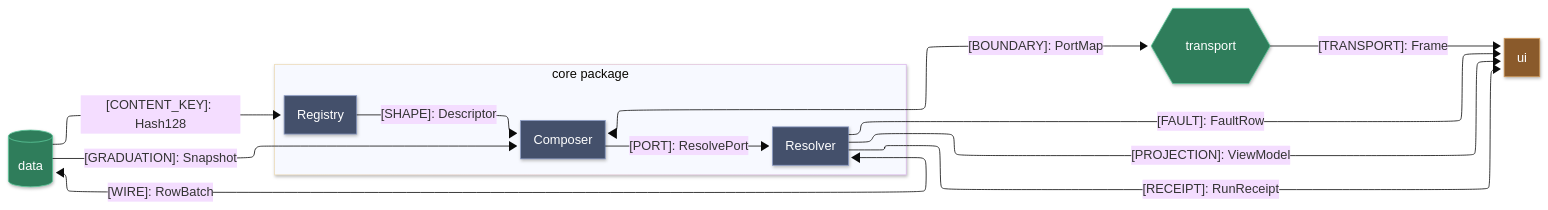
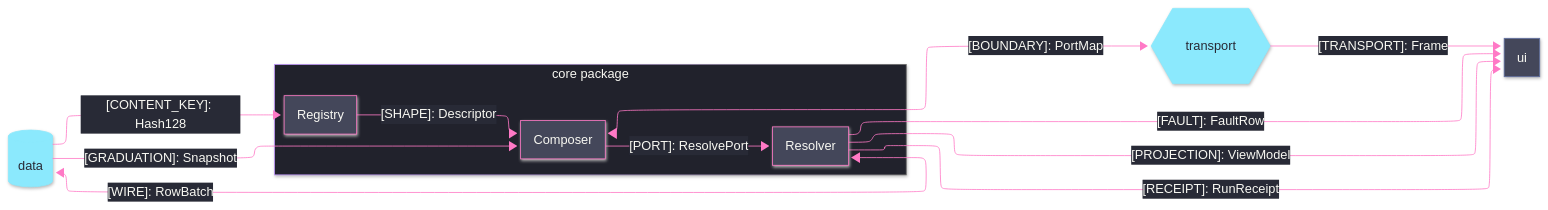
One commit to bsamiee/Rasm changed the diagram in .claude/skills/mermaid-diagramming/templates/seam-graph.mmd.md. Above: the diagram before and after it, drawn with Mermaid. The commit also changed other lines of this file and 17 other files, not shown here.

````diff
--- a/.claude/skills/mermaid-diagramming/templates/seam-graph.mmd.md
+++ b/.claude/skills/mermaid-diagramming/templates/seam-graph.mmd.md
@@ -5,35 +5,47 @@
 ```mermaid
 ---
 config:
   layout: elk
   look: neo
   theme: base
+  themeVariables:
+    darkMode: true
+    background: "#282A36"
+    primaryColor: "#44475A"
+    primaryTextColor: "#F8F8F2"
+    primaryBorderColor: "#BD93F9"
+    lineColor: "#FF79C6"
+    textColor: "#F8F8F2"
+    clusterBkg: "#21222C"
+    clusterBorder: "#6272A4"
+    edgeLabelBackground: "#282A36"
+    titleColor: "#F8F8F2"
 ---
 flowchart LR
     accTitle: Package seam registry
     accDescr: Home package sub-domains exchanging kinded shapes with external counterparts, classed by bidirectional versus one-way seam direction.
     subgraph core[core package]
         Resolver[Resolver]
         Registry[Registry]
         Composer[Composer]
     end
     DataStore[(data)]
     UiShell[ui]
     Transport{{transport}}
     Registry -->|"[SHAPE]: Descriptor"| Composer
     Composer -->|"[PORT]: ResolvePort"| Resolver
     Resolver <-->|"[WIRE]: RowBatch"| DataStore
     DataStore -->|"[CONTENT_KEY]: Hash128"| Registry
     DataStore -->|"[GRADUATION]: Snapshot"| Composer
     Composer <-->|"[BOUNDARY]: PortMap"| Transport
     Transport -->|"[TRANSPORT]: Frame"| UiShell
     Resolver -->|"[PROJECTION]: ViewModel"| UiShell
     Resolver -->|"[RECEIPT]: RunReceipt"| UiShell
     Resolver -->|"[FAULT]: FaultRow"| UiShell
-    classDef home fill:#44506b,stroke:#8b9bc4,color:#ffffff
-    classDef biseam fill:#2f7d5b,stroke:#5cc79a,color:#ffffff
-    classDef oneway fill:#8a5a2b,stroke:#d19a5c,color:#ffffff
-    class Resolver,Registry,Composer home
-    class DataStore,Transport biseam
-    class UiShell oneway
+    classDef primary fill:#44475A,stroke:#FF79C6,color:#F8F8F2
+    classDef external fill:#8BE9FD,stroke:#8BE9FD,color:#282A36
+    classDef annotation fill:#44475A,stroke:#6272A4,color:#F8F8F2
+    class Resolver,Registry,Composer primary
+    class DataStore,Transport external
+    class UiShell annotation
 ```
````
